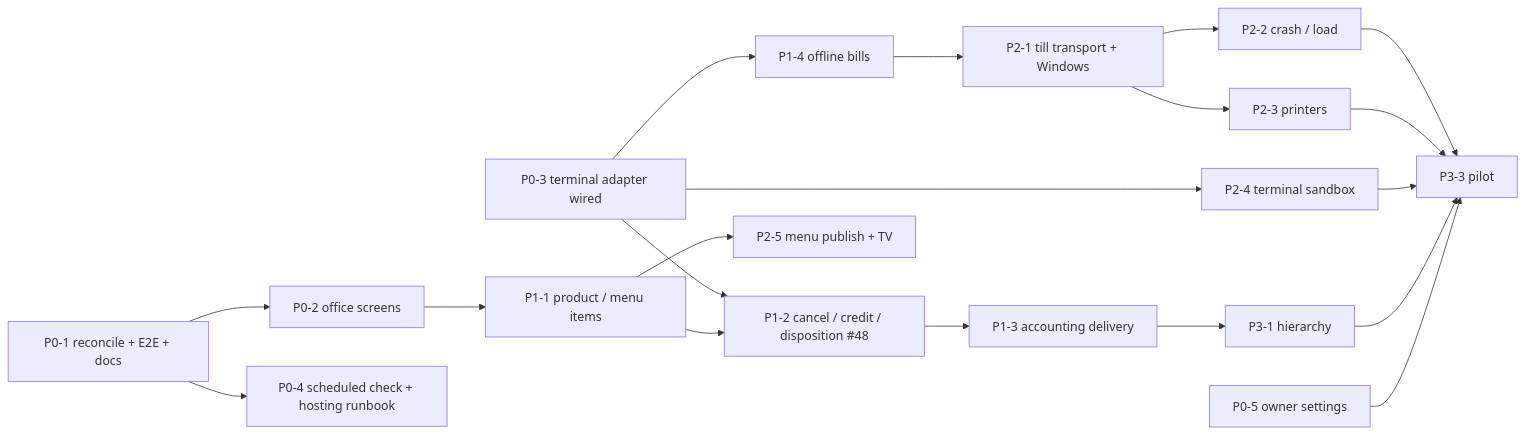
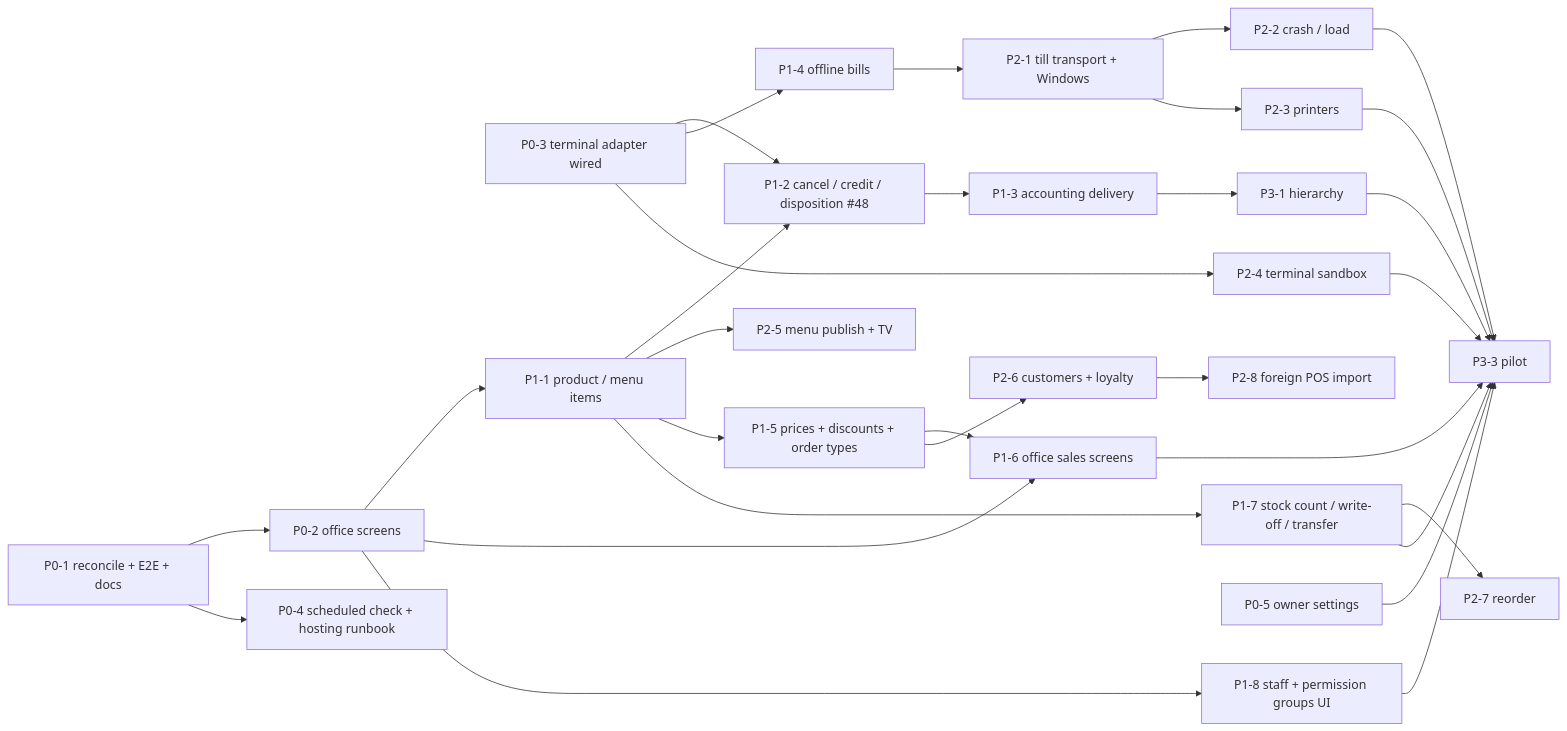
One commit to Erkki144/axar-network changed the diagram in docs/DELIVERY_ROADMAP.md. Above: the diagram before and after it, drawn with Mermaid. The commit also changed other lines of this file and 1 other file, not shown here.

First line of the commit message:
docs: back-office gap analysis and new roadmap steps P1-5..P1-8, P2-6..P2-8

````diff
--- a/docs/DELIVERY_ROADMAP.md
+++ b/docs/DELIVERY_ROADMAP.md
@@ -68,21 +84,32 @@
 ```mermaid
 flowchart LR
   P01[P0-1 reconcile + E2E + docs] --> P02[P0-2 office screens]
   P01 --> P04[P0-4 scheduled check + hosting runbook]
   P03[P0-3 terminal adapter wired] --> P12
   P02 --> P11[P1-1 product / menu items]
   P11 --> P12[P1-2 cancel / credit / disposition #48]
   P12 --> P13[P1-3 accounting delivery]
   P03 --> P14[P1-4 offline bills]
   P14 --> P21[P2-1 till transport + Windows]
   P21 --> P22[P2-2 crash / load]
   P21 --> P23[P2-3 printers]
   P03 --> P24[P2-4 terminal sandbox]
   P11 --> P25[P2-5 menu publish + TV]
   P13 --> P31[P3-1 hierarchy]
   P22 --> P33[P3-3 pilot]
   P23 --> P33
   P24 --> P33
   P31 --> P33
+  P11 --> P15[P1-5 prices + discounts + order types]
+  P15 --> P16[P1-6 office sales screens]
+  P02 --> P16
+  P11 --> P17[P1-7 stock count / write-off / transfer]
+  P02 --> P18[P1-8 staff + permission groups UI]
+  P15 --> P26[P2-6 customers + loyalty]
+  P17 --> P27[P2-7 reorder]
+  P26 --> P28[P2-8 foreign POS import]
+  P16 --> P33
+  P17 --> P33
+  P18 --> P33
   P05[P0-5 owner settings] --> P33
 ```
````
